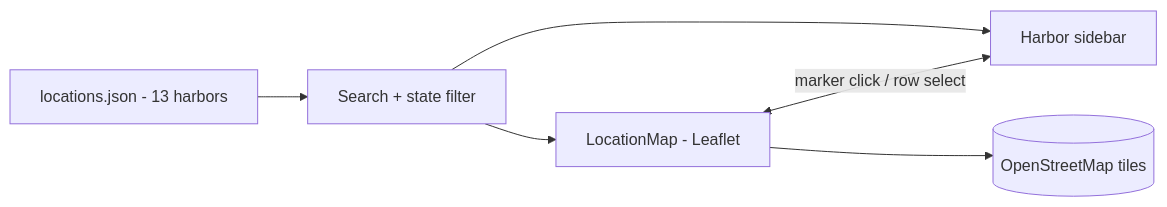
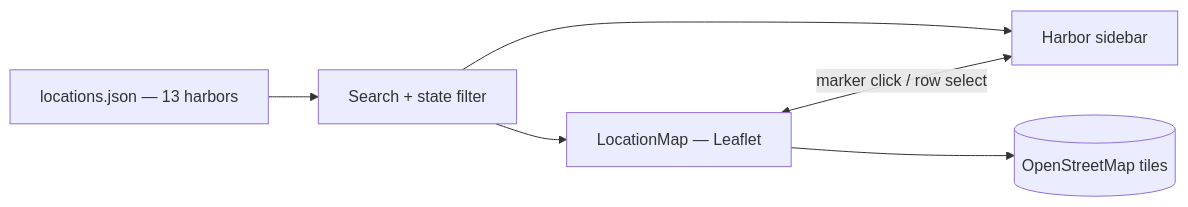
The diagram in README.md (TaylorURL/hollingsheadharbor-com), drawn with Mermaid before and after one commit. The commit also changed other lines of this file and 3 other files, not shown here.

````diff
--- a/README.md
+++ b/README.md
@@ -105,8 +96,8 @@
 ```mermaid
 flowchart LR
-  J[locations.json - 13 harbors] --> F[Search + state filter]
-  F --> M[LocationMap - Leaflet]
-  F --> S[Harbor sidebar]
-  M <-->|marker click / row select| S
-  M --> T[(OpenStreetMap tiles)]
+    J["locations.json — 13 harbors"] --> F["Search + state filter"]
+    F --> M["LocationMap — Leaflet"]
+    F --> S["Harbor sidebar"]
+    M <-->|"marker click / row select"| S
+    M --> T[("OpenStreetMap tiles")]
 ```
````
